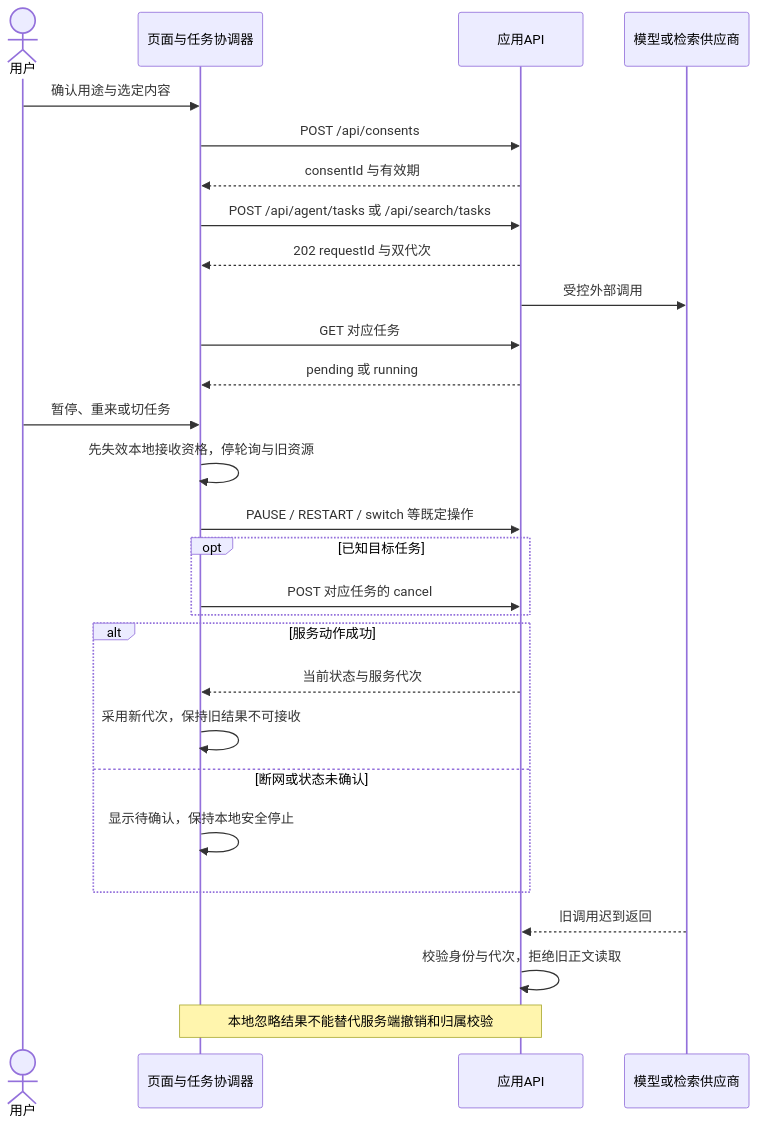
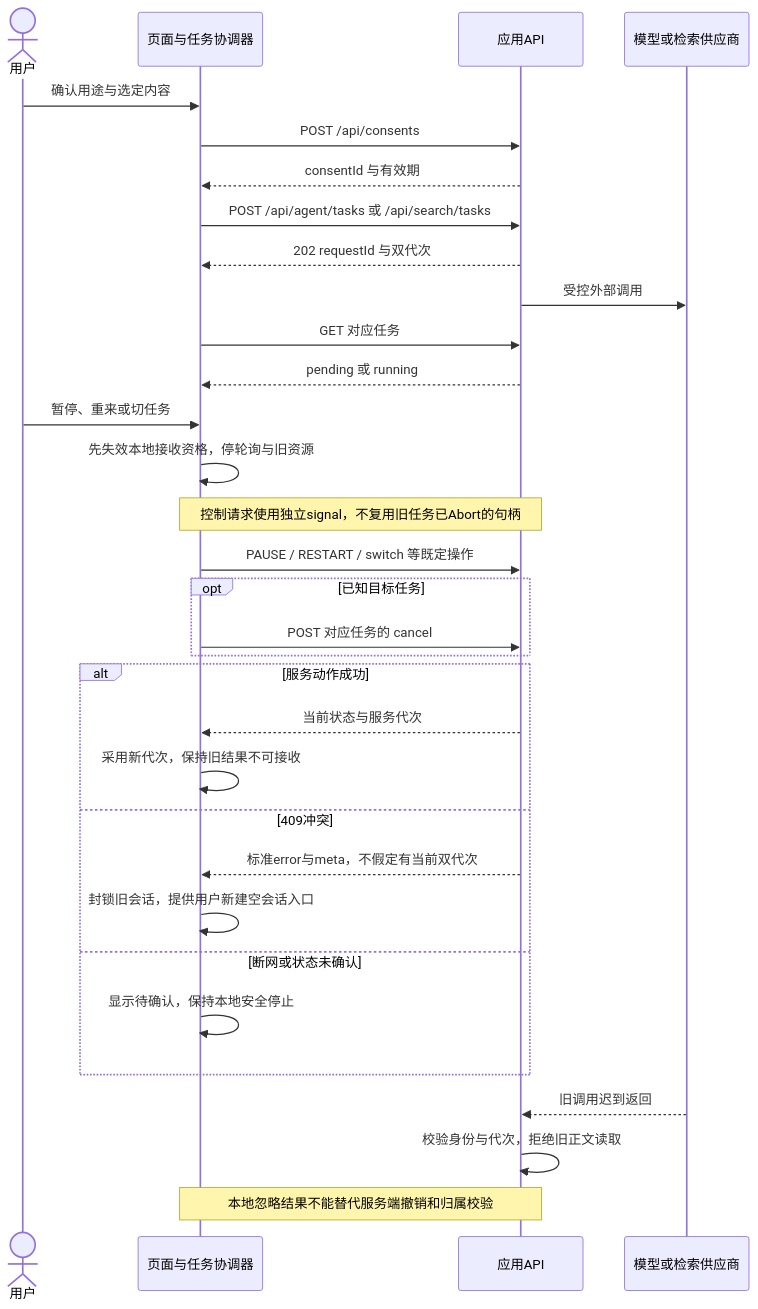
One commit to impureWine/404NOTFOUND changed the third of 6 diagrams in docs/第三次作业_程杰/03_关键状态与时序图.md. Above: the diagram before and after it, drawn with Mermaid. The commit also changed other lines of this file and 4 other files, not shown here.

````diff
--- a/docs/第三次作业_程杰/03_关键状态与时序图.md
+++ b/docs/第三次作业_程杰/03_关键状态与时序图.md
@@ -92,30 +98,34 @@
 ```mermaid
 sequenceDiagram
     actor U as 用户
     participant V as 页面与任务协调器
     participant API as 应用API
     participant M as 模型或检索供应商
     U->>V: 确认用途与选定内容
     V->>API: POST /api/consents
     API-->>V: consentId 与有效期
     V->>API: POST /api/agent/tasks 或 /api/search/tasks
     API-->>V: 202 requestId 与双代次
     API->>M: 受控外部调用
     V->>API: GET 对应任务
     API-->>V: pending 或 running
     U->>V: 暂停、重来或切任务
     V->>V: 先失效本地接收资格，停轮询与旧资源
+    Note over V,API: 控制请求使用独立signal，不复用旧任务已Abort的句柄
     V->>API: PAUSE / RESTART / switch 等既定操作
     opt 已知目标任务
         V->>API: POST 对应任务的 cancel
     end
     alt 服务动作成功
         API-->>V: 当前状态与服务代次
         V->>V: 采用新代次，保持旧结果不可接收
+    else 409冲突
+        API-->>V: 标准error与meta，不假定有当前双代次
+        V->>V: 封锁旧会话，提供用户新建空会话入口
     else 断网或状态未确认
         V->>V: 显示待确认，保持本地安全停止
     end
     M-->>API: 旧调用迟到返回
     API->>API: 校验身份与代次，拒绝旧正文读取
     Note over V,API: 本地忽略结果不能替代服务端撤销和归属校验
 ```
````
